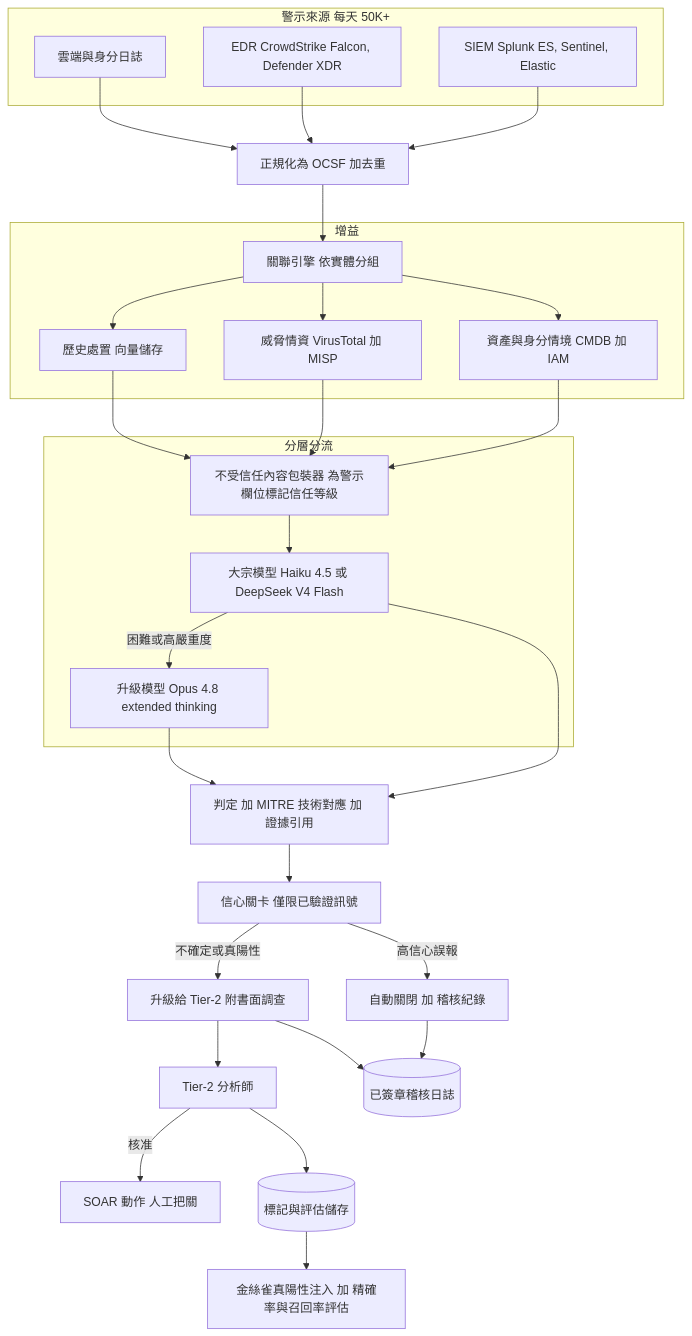
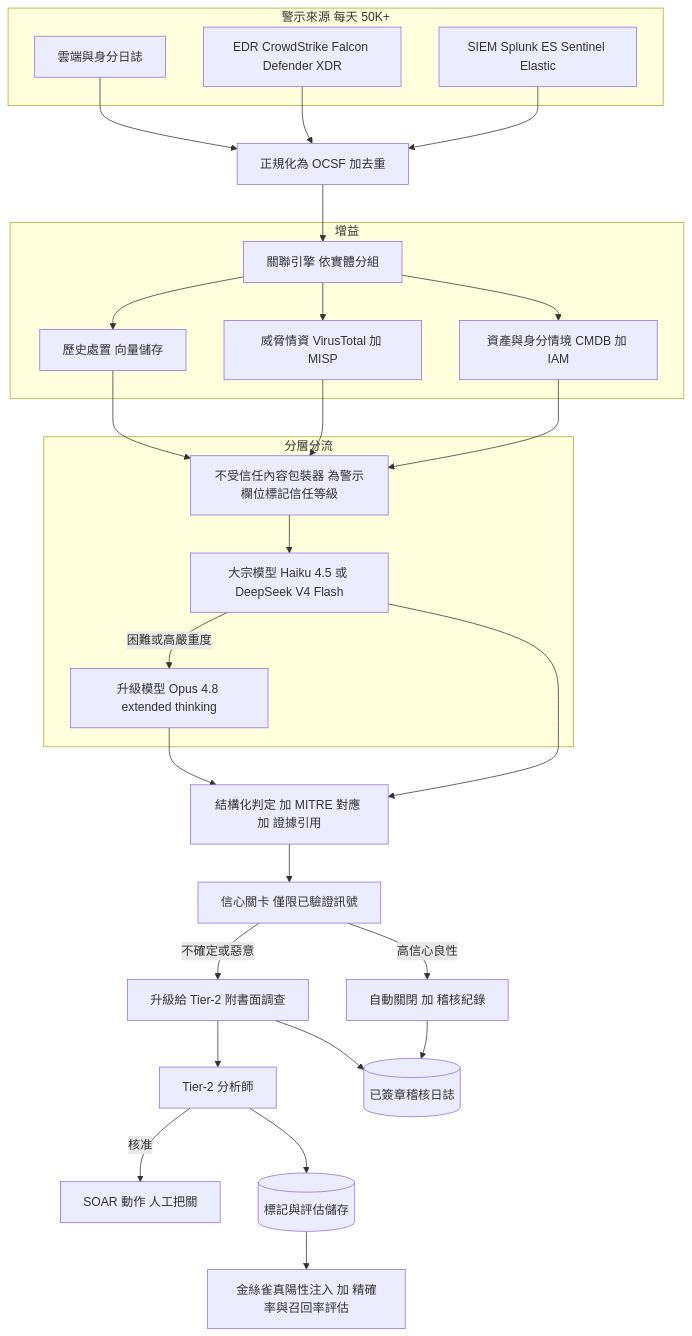
The first of 3 diagrams in i18n/zh-Hant/docusaurus-plugin-content-docs/current/16-case-studies/40-soc-security-operations-copilot.md (jack51706/ai-system-design-guide), drawn with Mermaid before and after one commit. The commit also changed other lines of this file and 1 other file, not shown here.

First line of the commit message:
docs(case-studies): deepen SOC copilot (40) with worked example, verdict schema and gate detail (EN + zh-Hant)

````diff
--- a/i18n/zh-Hant/docusaurus-plugin-content-docs/current/16-case-studies/40-soc-security-operations-copilot.md
+++ b/i18n/zh-Hant/docusaurus-plugin-content-docs/current/16-case-studies/40-soc-security-operations-copilot.md
@@ -23,42 +23,42 @@
 ```mermaid
 flowchart TB
     subgraph Sources["警示來源 每天 50K+"]
-        SIEM[SIEM Splunk ES, Sentinel, Elastic]
-        EDR[EDR CrowdStrike Falcon, Defender XDR]
+        SIEM[SIEM Splunk ES Sentinel Elastic]
+        EDR[EDR CrowdStrike Falcon Defender XDR]
         CLOUD[雲端與身分日誌]
     end
 
     SIEM --> NORM[正規化為 OCSF 加去重]
     EDR --> NORM
     CLOUD --> NORM
     NORM --> CORR[關聯引擎 依實體分組]
 
     subgraph Enrich["增益"]
         CORR --> ASSET[資產與身分情境 CMDB 加 IAM]
         CORR --> INTEL[威脅情資 VirusTotal 加 MISP]
         CORR --> HIST[歷史處置 向量儲存]
     end
 
     ASSET --> WRAP[不受信任內容包裝器 為警示欄位標記信任等級]
     INTEL --> WRAP
     HIST --> WRAP
 
     subgraph Triage["分層分流"]
         WRAP --> BULK[大宗模型 Haiku 4.5 或 DeepSeek V4 Flash]
         BULK -->|困難或高嚴重度| DEEP[升級模型 Opus 4.8 extended thinking]
     end
 
-    BULK --> VERDICT[判定 加 MITRE 技術對應 加 證據引用]
+    BULK --> VERDICT[結構化判定 加 MITRE 對應 加 證據引用]
     DEEP --> VERDICT
     VERDICT --> GATE[信心關卡 僅限已驗證訊號]
 
-    GATE -->|高信心誤報| CLOSE[自動關閉 加 稽核紀錄]
-    GATE -->|不確定或真陽性| ESC[升級給 Tier-2 附書面調查]
+    GATE -->|高信心良性| CLOSE[自動關閉 加 稽核紀錄]
+    GATE -->|不確定或惡意| ESC[升級給 Tier-2 附書面調查]
 
     ESC --> ANALYST[Tier-2 分析師]
     ANALYST -->|核准| SOAR[SOAR 動作 人工把關]
     ANALYST --> LABEL[(標記與評估儲存)]
     CLOSE --> AUDIT[(已簽章稽核日誌)]
     ESC --> AUDIT
     LABEL --> CANARY[金絲雀真陽性注入 加 精確率與召回率評估]
 ```
````
